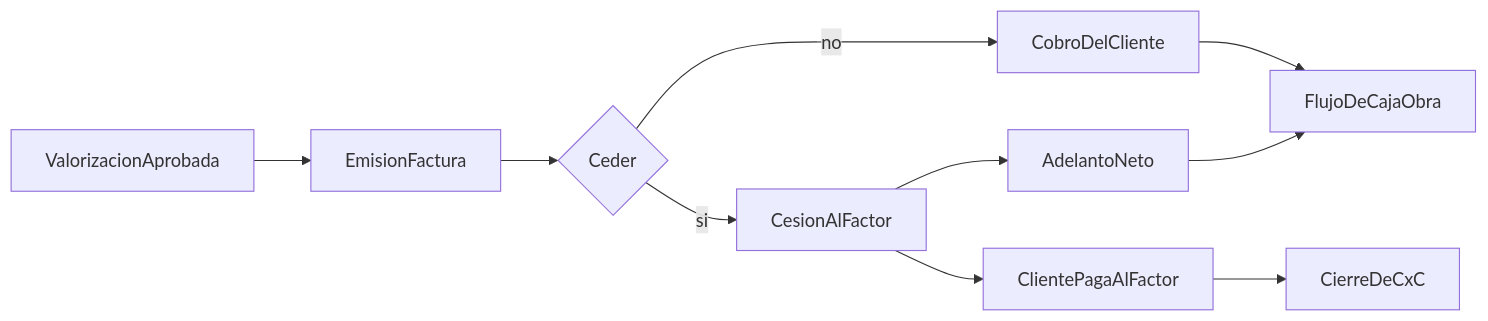
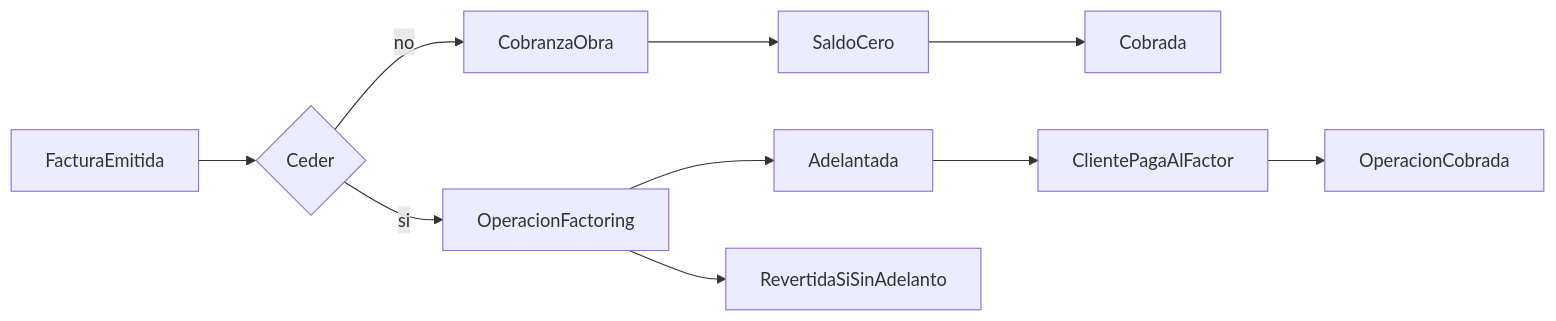
Before and after one commit to foreverLilRed/Convecsa-ERP: the fifth of 5 diagrams in docs/proyectos/seguimiento-proyectos.md, drawn with Mermaid. The commit also changed other lines of this file and 81 other files, not shown here.

````diff
--- a/docs/proyectos/seguimiento-proyectos.md
+++ b/docs/proyectos/seguimiento-proyectos.md
@@ -388,12 +405,12 @@
 ```mermaid
 flowchart LR
-  Valorizacion[ValorizacionAprobada] --> Factura[EmisionFactura]
-  Factura --> Decision{Ceder}
-  Decision -->|no| CobroCliente[CobroDelCliente]
-  Decision -->|si| Cesion[CesionAlFactor]
-  Cesion --> Adelanto[AdelantoNeto]
-  Cesion --> CobroFactor[ClientePagaAlFactor]
-  CobroFactor --> Liquidacion[CierreDeCxC]
-  Adelanto --> Flujo[FlujoDeCajaObra]
-  CobroCliente --> Flujo
+  Factura[FacturaEmitida] --> Decision{Ceder}
+  Decision -->|no| Cobro[CobranzaObra]
+  Cobro --> Saldo[SaldoCero]
+  Saldo --> Cobrada[Cobrada]
+  Decision -->|si| Cesion[OperacionFactoring]
+  Cesion --> Adelanto[Adelantada]
+  Adelanto --> Factor[ClientePagaAlFactor]
+  Factor --> Cerrada[OperacionCobrada]
+  Cesion --> Revertir[RevertidaSiSinAdelanto]
 ```
````
